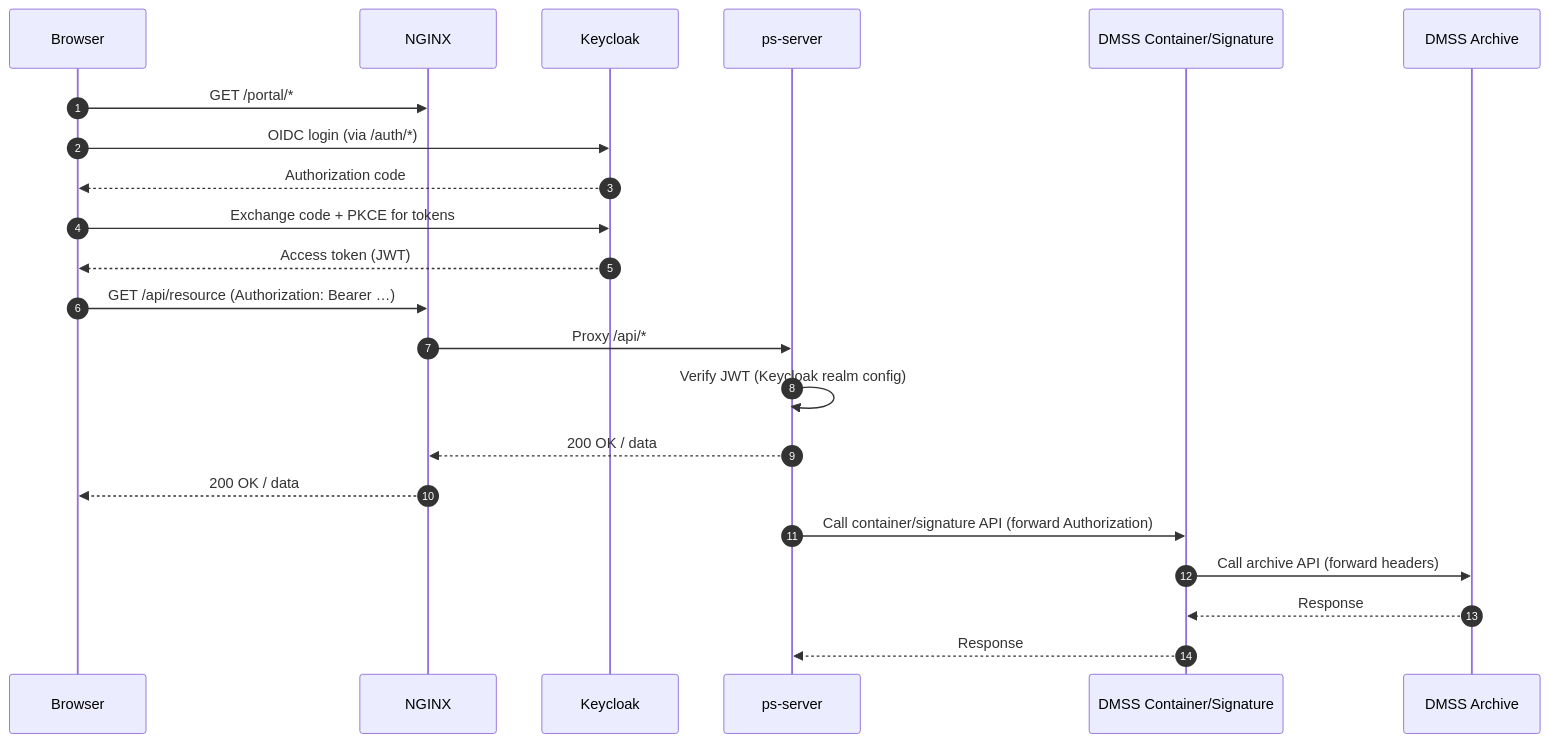
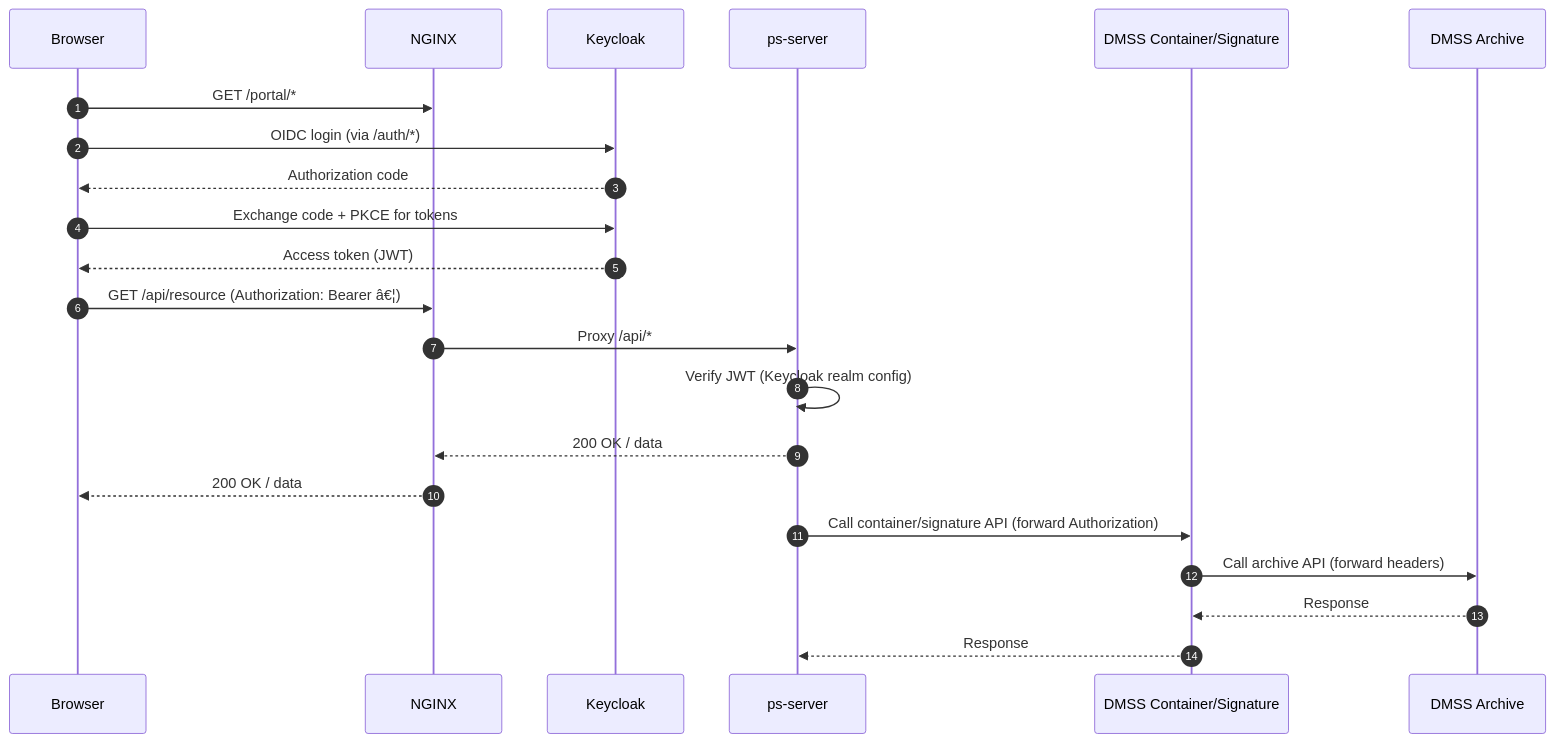
The second of 2 diagrams in README.md (mihailsgo/ps-app-cloud-deployment), drawn with Mermaid before and after one commit. The commit also changed other lines of this file, not shown here.

Commit message:
docs: fix Mermaid flowchart; use <token> placeholder in sequence diagram

````diff
--- a/README.md
+++ b/README.md
@@ -246,25 +246,25 @@
 ```mermaid
 sequenceDiagram
   autonumber
   participant Browser
   participant NGINX
   participant Keycloak
   participant Backend as ps-server
   participant DMSSCS as DMSS Container/Signature
   participant DMSSAR as DMSS Archive
 
   Browser->>NGINX: GET /portal/*
   Browser->>Keycloak: OIDC login (via /auth/*)
   Keycloak-->>Browser: Authorization code
   Browser->>Keycloak: Exchange code + PKCE for tokens
   Keycloak-->>Browser: Access token (JWT)
-  Browser->>NGINX: GET /api/resource (Authorization: Bearer …)
+  Browser->>NGINX: GET /api/resource (Authorization: Bearer â€¦)
   NGINX->>Backend: Proxy /api/*
   Backend->>Backend: Verify JWT (Keycloak realm config)
   Backend-->>NGINX: 200 OK / data
   NGINX-->>Browser: 200 OK / data
   Backend->>DMSSCS: Call container/signature API (forward Authorization)
   DMSSCS->>DMSSAR: Call archive API (forward headers)
   DMSSAR-->>DMSSCS: Response
   DMSSCS-->>Backend: Response
 ```
````
